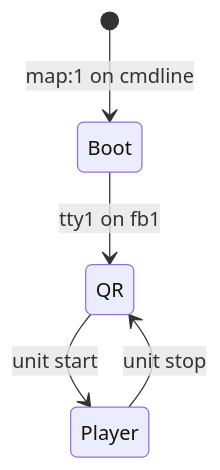
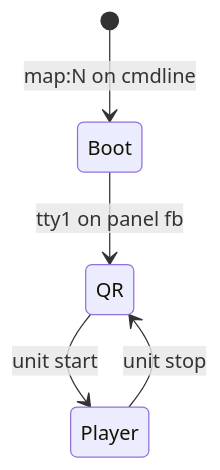
Before and after one commit to foonerd/rpi-waveshare28: the fourth of 5 diagrams in docs/CONFIG.md, drawn with Mermaid. The commit also changed other lines of this file and 12 other files, not shown here.

````diff
--- a/docs/CONFIG.md
+++ b/docs/CONFIG.md
@@ -204,7 +213,7 @@
 ```mermaid
 stateDiagram-v2
-  [*] --> Boot: map:1 on cmdline
-  Boot --> QR: tty1 on fb1
+  [*] --> Boot: map:N on cmdline
+  Boot --> QR: tty1 on panel fb
   QR --> Player: unit start
   Player --> QR: unit stop
 ```
````
